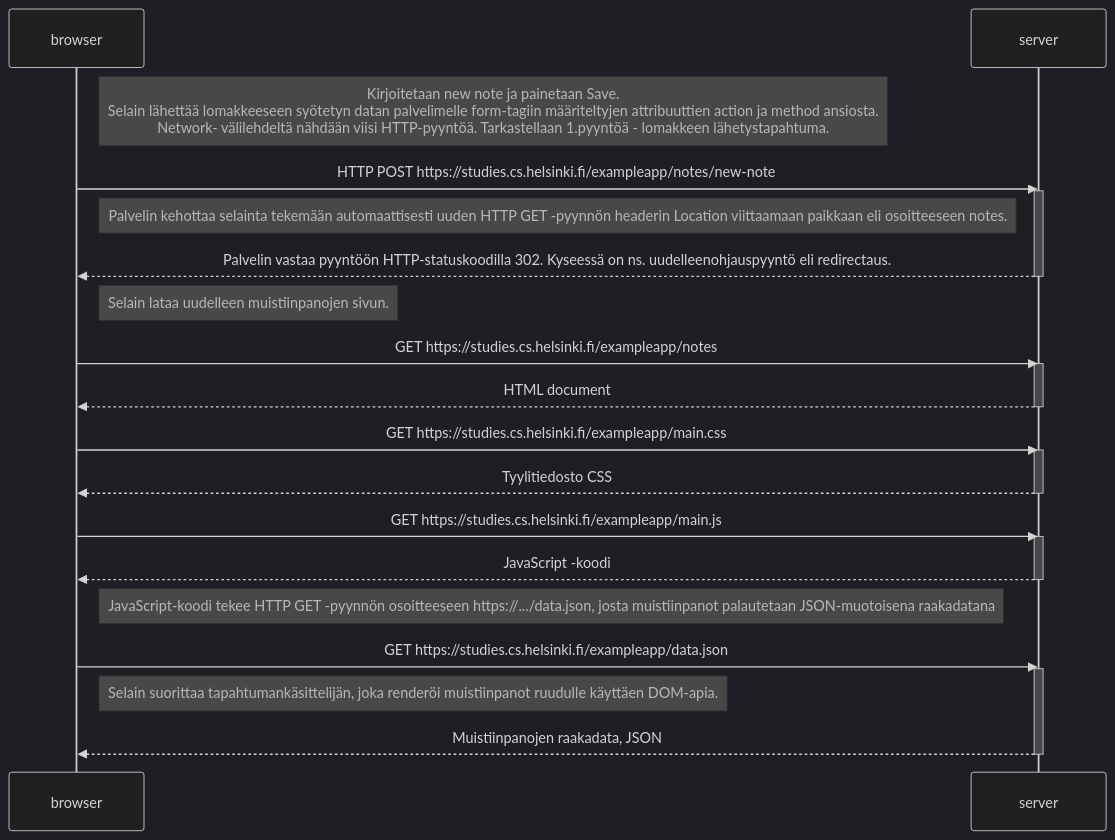
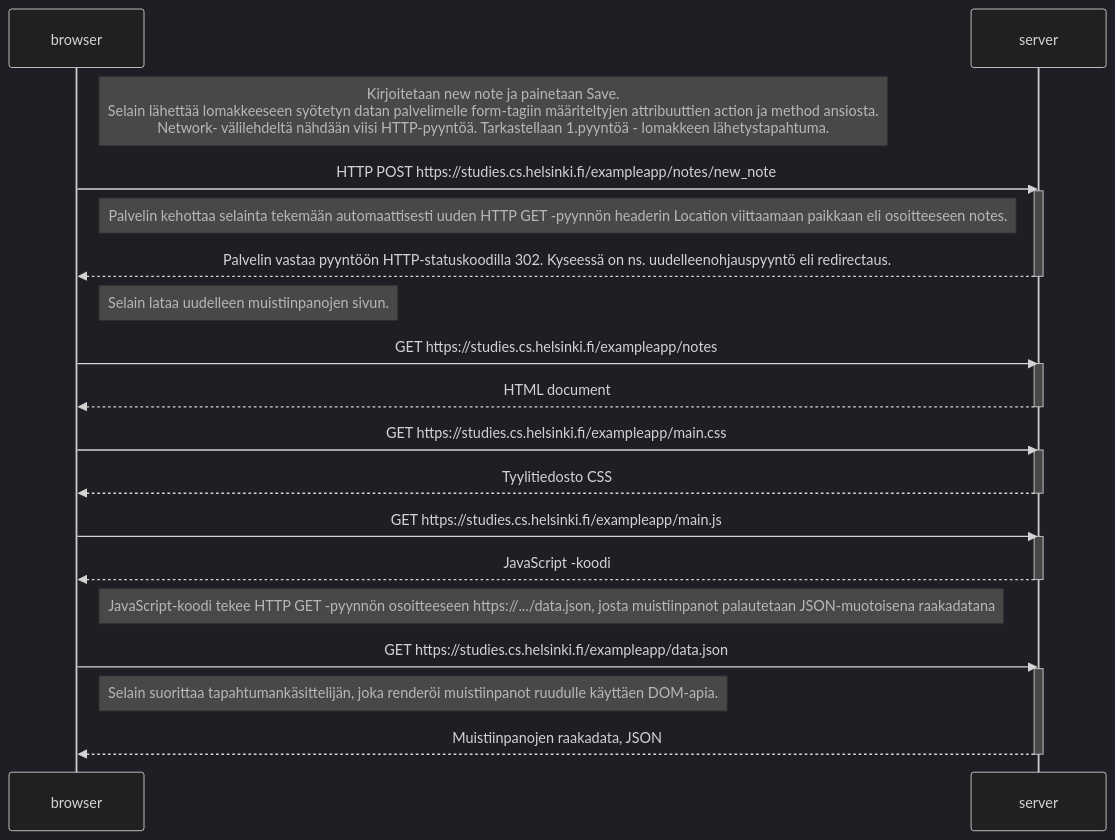
Before and after one commit to janinanarhi/fullstackOpen0: the diagram in 0.4.md, drawn with Mermaid (dark theme).

````diff
--- a/0.4.md
+++ b/0.4.md
@@ -1,42 +1,42 @@
 ```mermaid
 
 sequenceDiagram
     participant browser
     participant server
 
     
     note right of browser: Kirjoitetaan new note ja painetaan Save.<br>Selain lähettää lomakkeeseen syötetyn datan palvelimelle form-tagiin määriteltyjen attribuuttien action ja method ansiosta.<br>Network-           välilehdeltä nähdään viisi HTTP-pyyntöä. Tarkastellaan 1.pyyntöä - lomakkeen lähetystapahtuma.
-    browser->>server: HTTP POST https://studies.cs.helsinki.fi/exampleapp/notes/new-note
+    browser->>server: HTTP POST https://studies.cs.helsinki.fi/exampleapp/notes/new_note
     activate server
 
     note left of server: Palvelin kehottaa selainta tekemään automaattisesti uuden HTTP GET ‑pyynnön headerin Location viittaamaan paikkaan eli osoitteeseen            notes.
     server-->>browser:  Palvelin vastaa pyyntöön HTTP-statuskoodilla 302. Kyseessä on ns. uudelleenohjauspyyntö eli redirectaus.
     deactivate server
     
     note right of browser: Selain lataa uudelleen muistiinpanojen sivun.
     browser->>server: GET https://studies.cs.helsinki.fi/exampleapp/notes
     activate server
 
     server-->>browser: HTML document
     deactivate server
 
     browser->>server: GET https://studies.cs.helsinki.fi/exampleapp/main.css
     activate server
 
     server-->>browser: Tyylitiedosto CSS
     deactivate server
 
     browser->>server: GET https://studies.cs.helsinki.fi/exampleapp/main.js
     activate server
 
     server-->>browser: JavaScript -koodi
     deactivate server
     note right of browser: JavaScript-koodi tekee HTTP GET ‑pyynnön osoitteeseen https://.../data.json, josta muistiinpanot palautetaan JSON-muotoisena raakadatana
     browser->>server: GET https://studies.cs.helsinki.fi/exampleapp/data.json
     activate server
 
     note right of browser:  Selain suorittaa tapahtumankäsittelijän, joka renderöi muistiinpanot ruudulle käyttäen DOM-apia.
     server-->>browser: Muistiinpanojen raakadata, JSON
     deactivate server
 
 ```
````
